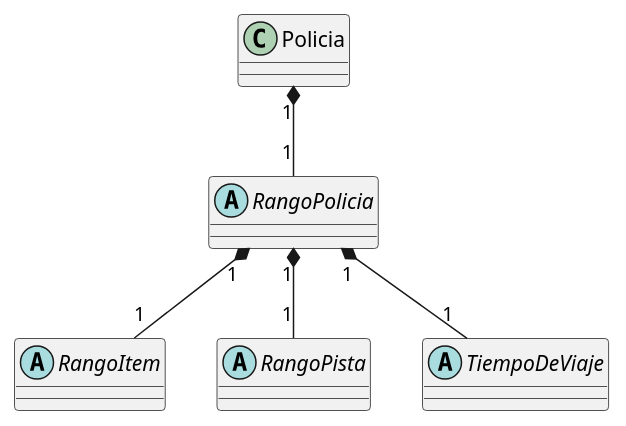
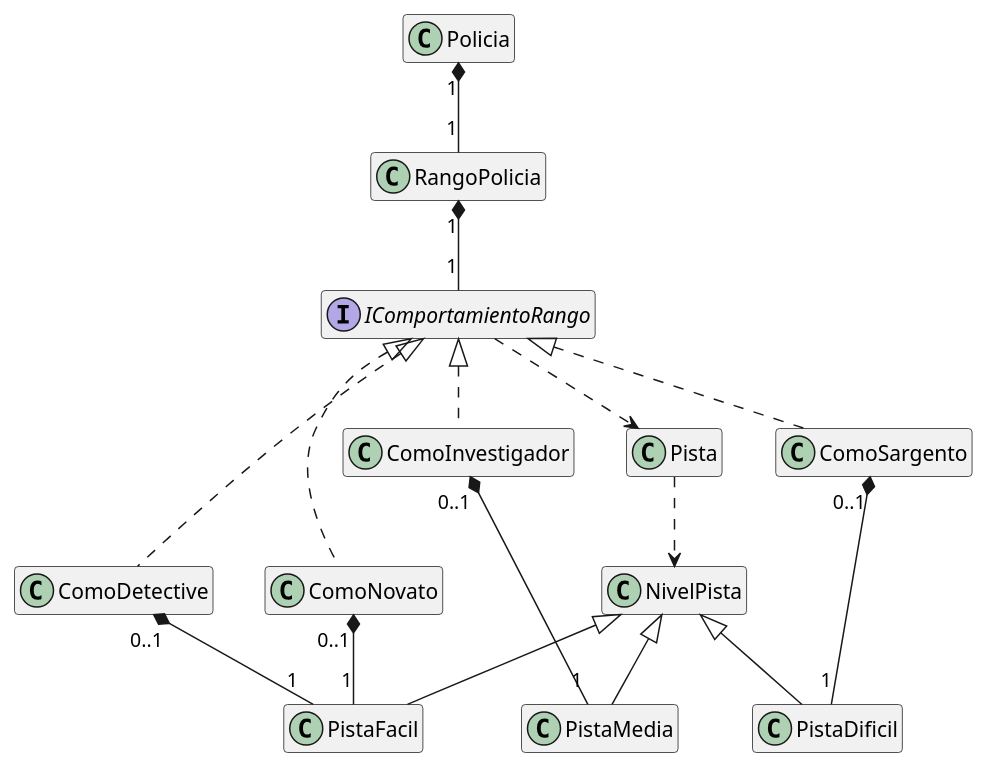
Before and after one commit to MarconMatias/TP2-AyPIII: the diagram in diagrams/classes/DC_RangoPolicia_relaciones.plantuml, drawn with PlantUML. The commit also changed 3 other files, not shown here.

```diff
--- a/diagrams/classes/DC_RangoPolicia_relaciones.plantuml
+++ b/diagrams/classes/DC_RangoPolicia_relaciones.plantuml
@@ -1,14 +1,25 @@
-@startuml rangosPolicia
+@startuml RangoPolicia_relaciones
+hide empty members
+
 class Policia {}
+class RangoPolicia {}
+interface IComportamientoRango {}
+class ComoNovato implements IComportamientoRango {}
+class ComoDetective implements IComportamientoRango {}
+class ComoInvestigador implements IComportamientoRango {}
+class ComoSargento implements IComportamientoRango {}
+
 Policia "1" *-- "1" RangoPolicia
+RangoPolicia "1" *-- "1" IComportamientoRango
+IComportamientoRango ..> Pista
+Pista ..> NivelPista
 
+ComoNovato "0..1" *-- "1" PistaFacil
+ComoDetective "0..1" *-- "1" PistaFacil
+ComoInvestigador "0..1" *-- "1" PistaMedia
+ComoSargento "0..1" *-- "1" PistaDificil
 
-abstract class RangoPolicia {}
-
-abstract class RangoItem
-RangoPolicia "1" *-- "1" RangoItem
-abstract class RangoPista
-RangoPolicia "1" *-- "1" RangoPista
-abstract class TiempoDeViaje
-RangoPolicia "1" *-- "1" TiempoDeViaje
+class PistaFacil extends NivelPista
+class PistaMedia extends NivelPista
+class PistaDificil extends NivelPista
 @enduml
```
